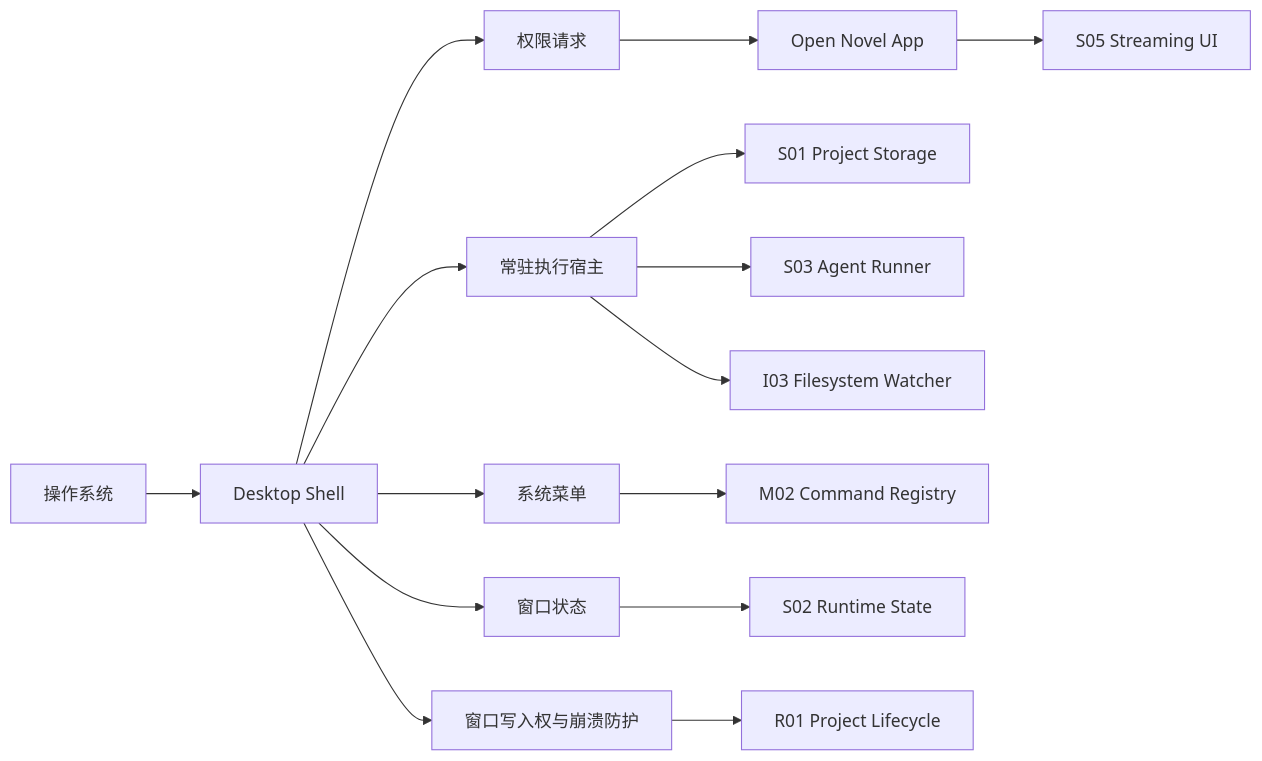
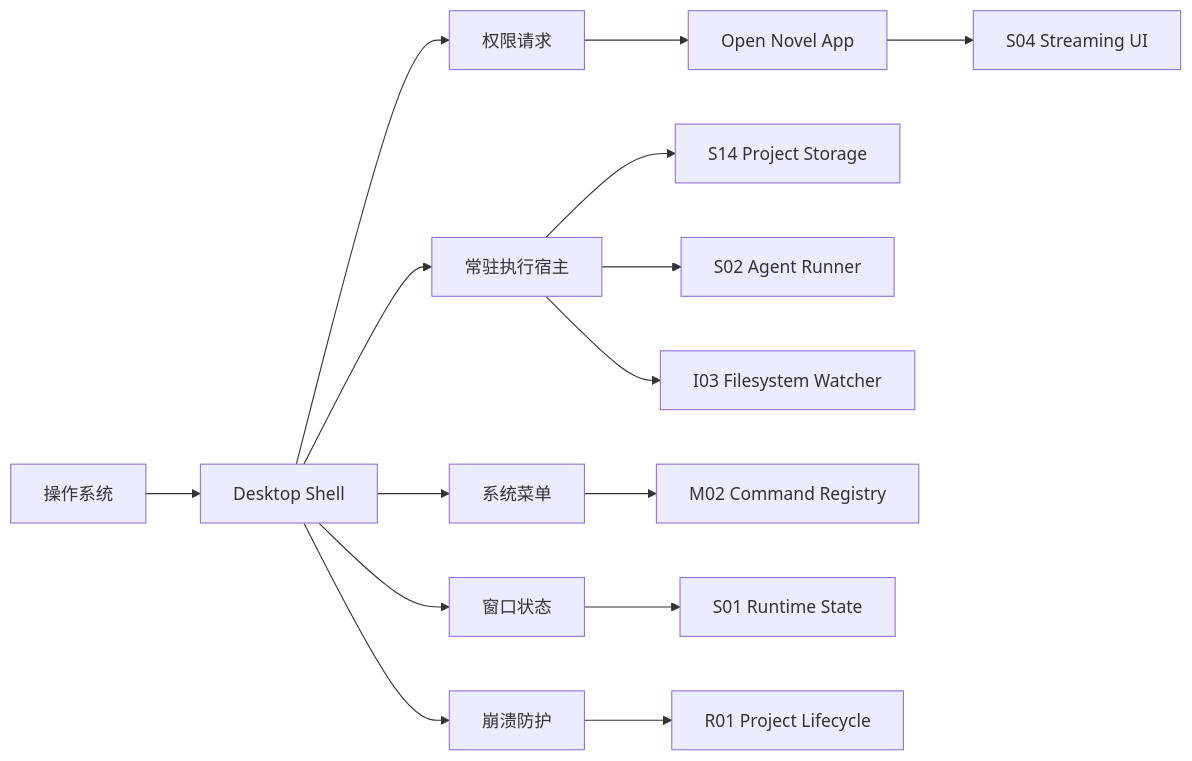
One commit to jinhuang712/open-novel changed the diagram in spec/platform/I05-desktop-shell-contract.md. Above: the diagram before and after it, drawn with Mermaid. The commit also changed other lines of this file and 79 other files, not shown here.

````diff
--- a/spec/platform/I05-desktop-shell-contract.md
+++ b/spec/platform/I05-desktop-shell-contract.md
@@ -76,17 +75,17 @@
 ```mermaid
 flowchart LR
   OS[操作系统] --> Shell[Desktop Shell]
   Shell --> Permission[权限请求]
   Shell --> Host[常驻执行宿主]
   Shell --> Menu[系统菜单]
   Shell --> Window[窗口状态]
-  Shell --> Lease[窗口写入权与崩溃防护]
+  Shell --> Fence[崩溃防护]
   Permission --> App[Open Novel App]
-  Host --> Storage[S01 Project Storage]
-  Host --> Runner[S03 Agent Runner]
+  Host --> Storage[S14 Project Storage]
+  Host --> Runner[S02 Agent Runner]
   Host --> Watcher[I03 Filesystem Watcher]
   Menu --> Command[M02 Command Registry]
-  Window --> Runtime[S02 Runtime State]
-  Lease --> Lifecycle[R01 Project Lifecycle]
-  App --> Stream[S05 Streaming UI]
+  Window --> Runtime[S01 Runtime State]
+  Fence --> Lifecycle[R01 Project Lifecycle]
+  App --> Stream[S04 Streaming UI]
 ```
````
